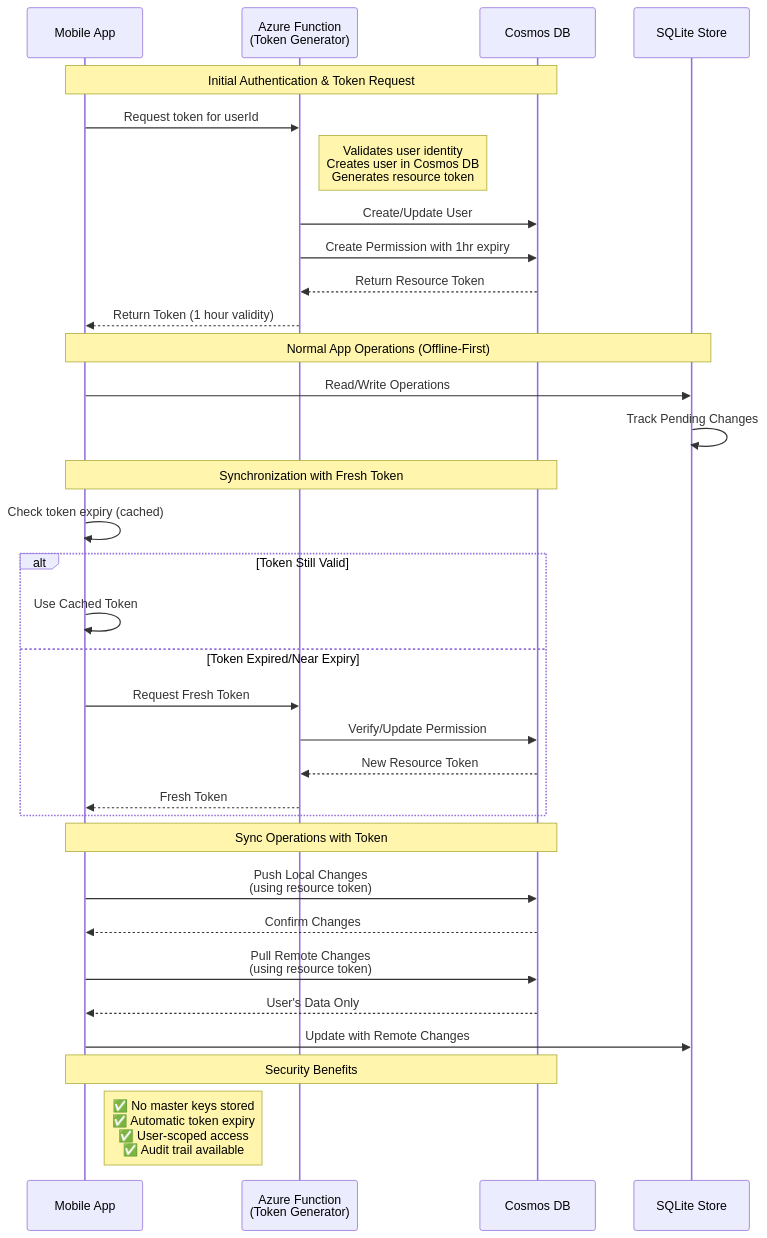
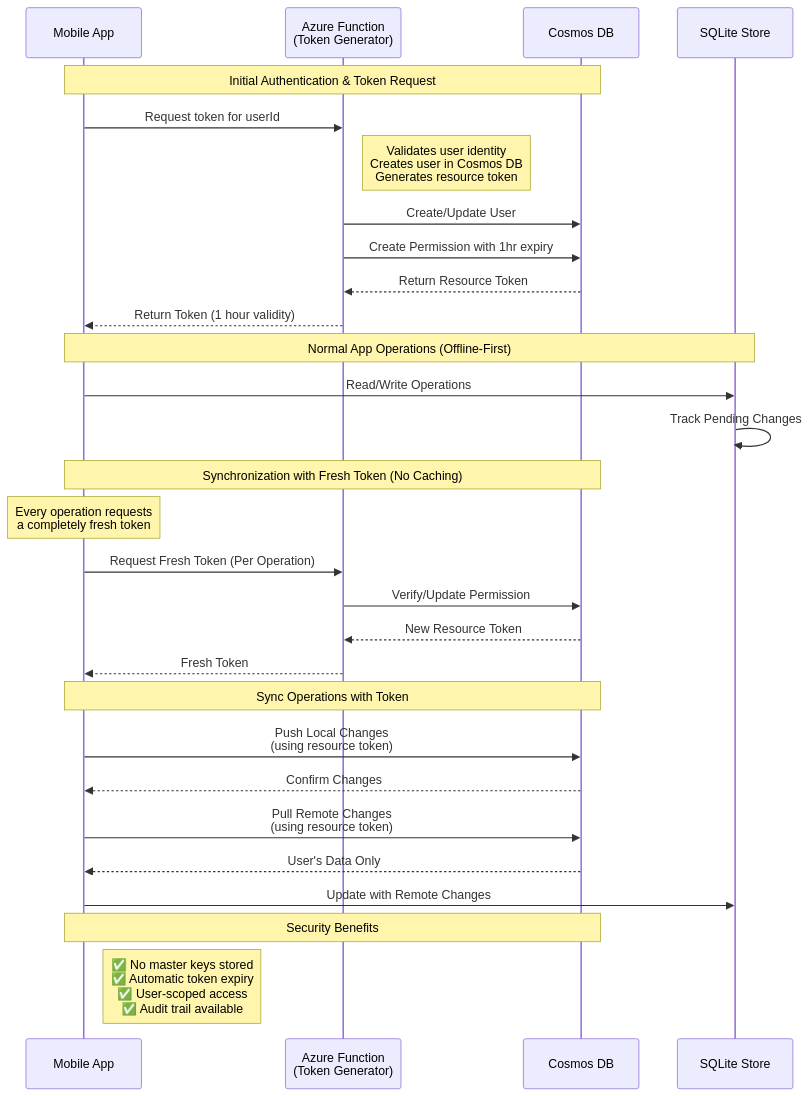
The second of 3 diagrams in README.md (madhugilla/customsync), drawn with Mermaid before and after one commit. The commit also changed other lines of this file, not shown here.

Commit message:
feat: Update README to clarify single-user implementation and token generation strategy

````diff
--- a/README.md
+++ b/README.md
@@ -450,41 +489,36 @@
 ```mermaid
 sequenceDiagram
     participant Client as Mobile App
     participant TokenService as Azure Function<br/>(Token Generator)
     participant CosmosDB as Cosmos DB
     participant LocalDB as SQLite Store
     
     Note over Client,CosmosDB: Initial Authentication & Token Request
     Client->>TokenService: Request token for userId
     Note right of TokenService: Validates user identity<br/>Creates user in Cosmos DB<br/>Generates resource token
     TokenService->>CosmosDB: Create/Update User
     TokenService->>CosmosDB: Create Permission with 1hr expiry
     CosmosDB-->>TokenService: Return Resource Token
     TokenService-->>Client: Return Token (1 hour validity)
     
     Note over Client,LocalDB: Normal App Operations (Offline-First)
     Client->>LocalDB: Read/Write Operations
     LocalDB->>LocalDB: Track Pending Changes
+      Note over Client,CosmosDB: Synchronization with Fresh Token (No Caching)
     
-    Note over Client,CosmosDB: Synchronization with Fresh Token
-    Client->>Client: Check token expiry (cached)
-    
-    alt Token Still Valid
-        Client->>Client: Use Cached Token
-    else Token Expired/Near Expiry
-        Client->>TokenService: Request Fresh Token
-        TokenService->>CosmosDB: Verify/Update Permission
-        CosmosDB-->>TokenService: New Resource Token
-        TokenService-->>Client: Fresh Token
-    end
+    Note over Client: Every operation requests<br/>a completely fresh token
+    Client->>TokenService: Request Fresh Token (Per Operation)
+    TokenService->>CosmosDB: Verify/Update Permission
+    CosmosDB-->>TokenService: New Resource Token
+    TokenService-->>Client: Fresh Token
     
     Note over Client,CosmosDB: Sync Operations with Token
     Client->>CosmosDB: Push Local Changes<br/>(using resource token)
     CosmosDB-->>Client: Confirm Changes
     Client->>CosmosDB: Pull Remote Changes<br/>(using resource token)
     CosmosDB-->>Client: User's Data Only
     Client->>LocalDB: Update with Remote Changes
     
     Note over Client,CosmosDB: Security Benefits
     Note right of Client: ✅ No master keys stored<br/>✅ Automatic token expiry<br/>✅ User-scoped access<br/>✅ Audit trail available
 ```
````
